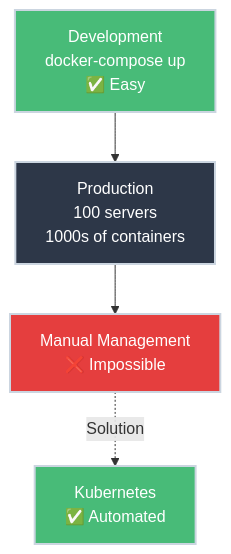
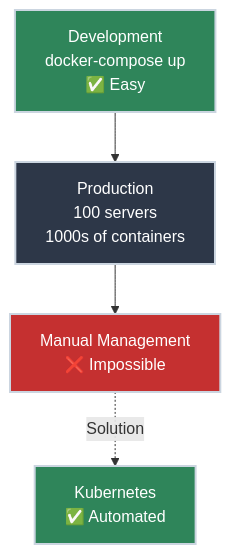
One commit to bradpenney/exploring_kubernetes changed the first of 2 diagrams in docs/day_one/what_is_kubernetes.md. Above: the diagram before and after it, drawn with Mermaid. The commit also changed other lines of this file and 16 other files, not shown here.

````diff
--- a/docs/day_one/what_is_kubernetes.md
+++ b/docs/day_one/what_is_kubernetes.md
@@ -14,16 +25,16 @@
 ```mermaid
 flowchart TD
     Dev[Development<br/>docker-compose up<br/>✅ Easy]
     Prod[Production<br/>100 servers<br/>1000s of containers]
     Manual[Manual Management<br/>❌ Impossible]
     K8s[Kubernetes<br/>✅ Automated]
 
     Dev --> Prod
     Prod --> Manual
     Manual -.->|Solution| K8s
 
-    style Dev fill:#48bb78,stroke:#cbd5e0,stroke-width:2px,color:#fff
+    style Dev fill:#2f855a,stroke:#cbd5e0,stroke-width:2px,color:#fff
     style Prod fill:#2d3748,stroke:#cbd5e0,stroke-width:2px,color:#fff
-    style Manual fill:#e53e3e,stroke:#cbd5e0,stroke-width:2px,color:#fff
-    style K8s fill:#48bb78,stroke:#cbd5e0,stroke-width:2px,color:#fff
+    style Manual fill:#c53030,stroke:#cbd5e0,stroke-width:2px,color:#fff
+    style K8s fill:#2f855a,stroke:#cbd5e0,stroke-width:2px,color:#fff
 ```
````
